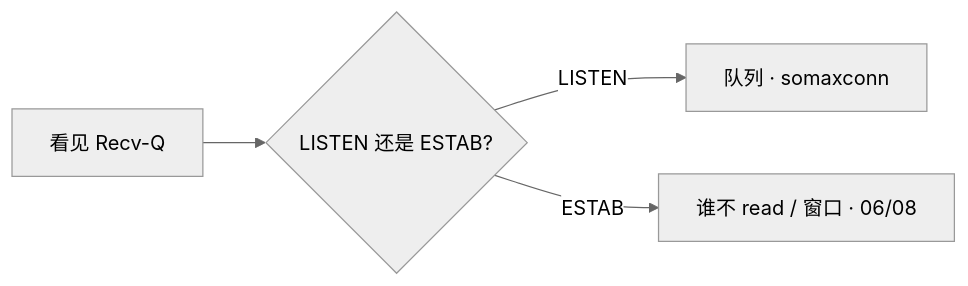
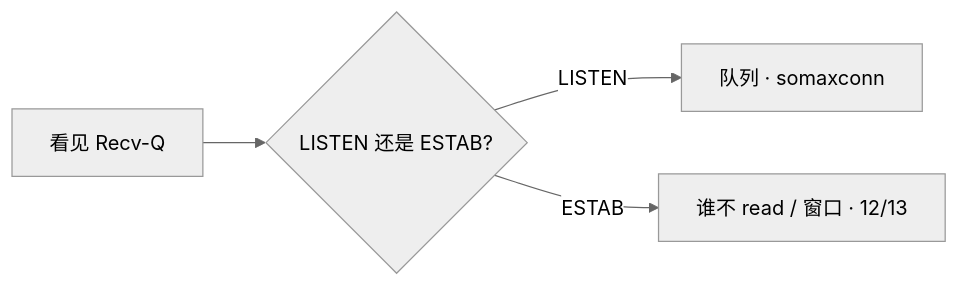
The second of 2 diagrams in 01-基础底座/24-内核参数与sysctl/练习题.md (ml-cuizijun/LearnToLilith), drawn with Mermaid (neutral theme) before and after one commit. The commit also changed other lines of this file and 56 other files, not shown here.

````diff
--- a/01-基础底座/24-内核参数与sysctl/练习题.md
+++ b/01-基础底座/24-内核参数与sysctl/练习题.md
@@ -162,6 +162,6 @@
 ```mermaid
 flowchart LR
     A[看见 Recv-Q] --> B{LISTEN 还是 ESTAB?}
     B -->|LISTEN| C[队列 · somaxconn]
-    B -->|ESTAB| D[谁不 read / 窗口 · 06/08]
+    B -->|ESTAB| D[谁不 read / 窗口 · 12/13]
 ```
````
